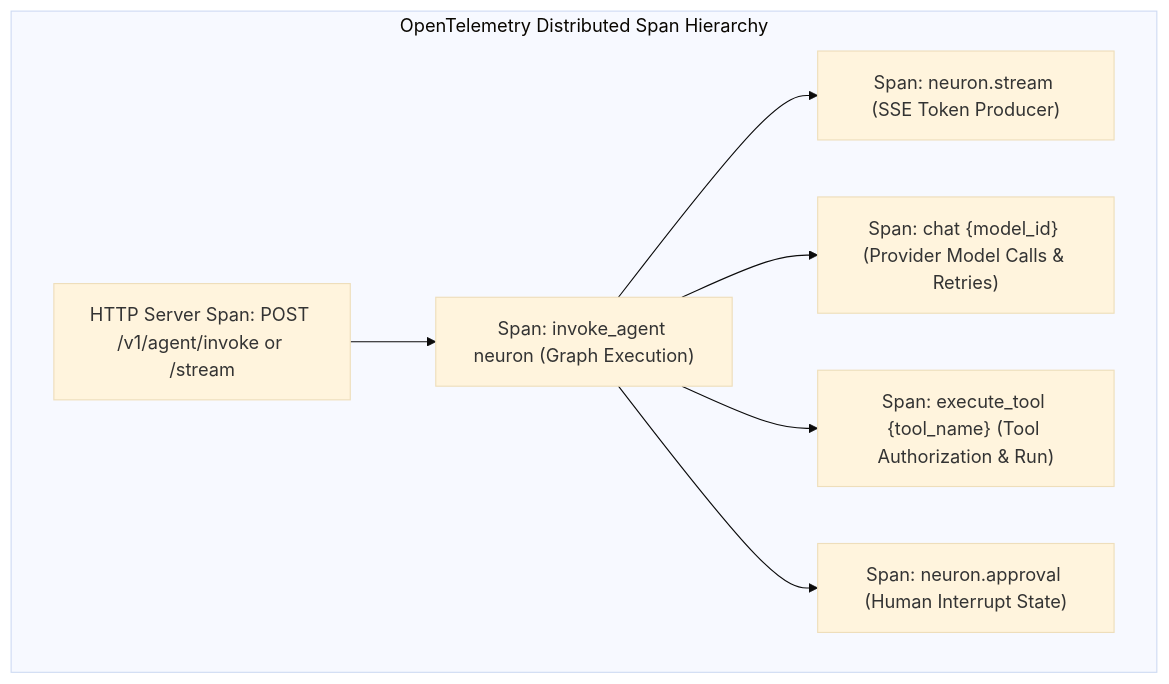
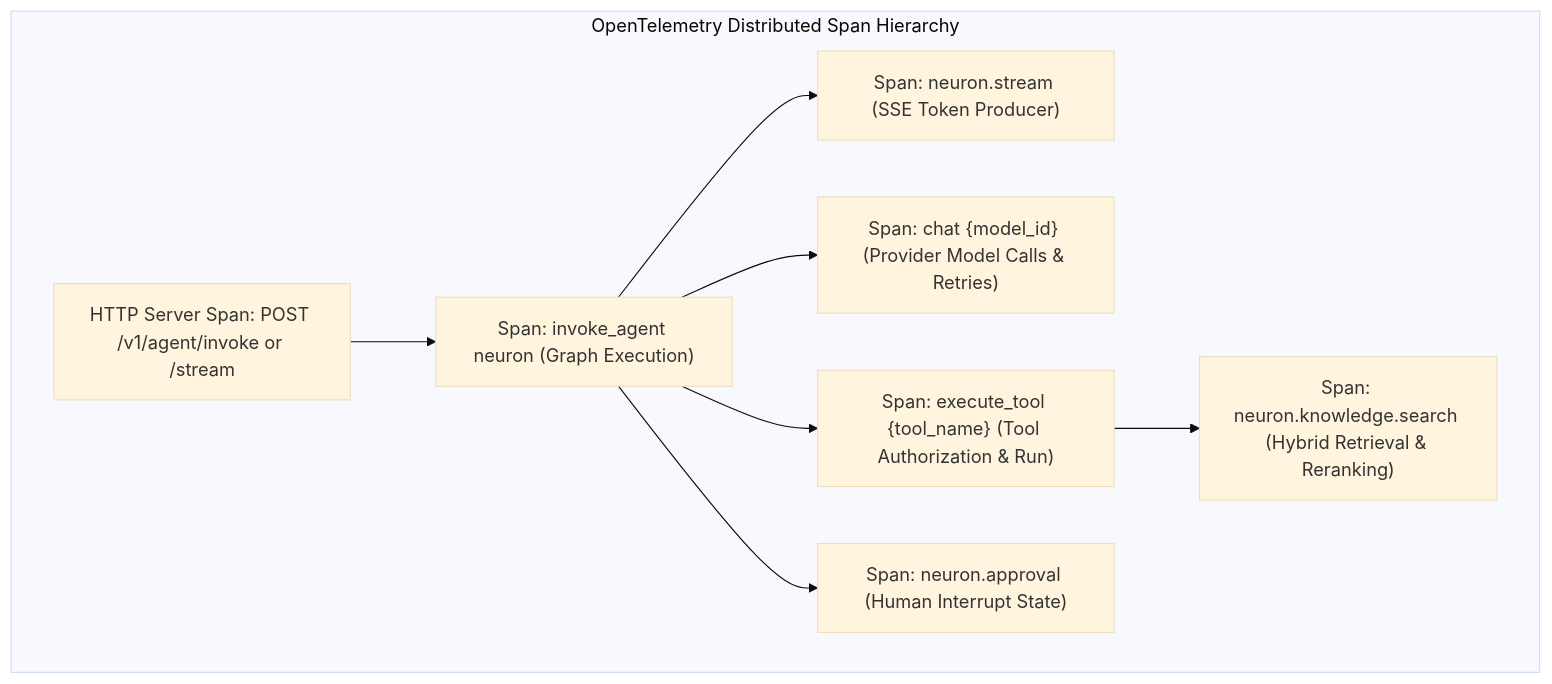
Before and after one commit to Md-Nisar/neuron: the diagram in docs/product_documentation/explanation/observability-and-governance.md, drawn with Mermaid (base theme). The commit also changed other lines of this file and 16 other files, not shown here.

````diff
--- a/docs/product_documentation/explanation/observability-and-governance.md
+++ b/docs/product_documentation/explanation/observability-and-governance.md
@@ -26,17 +26,19 @@
 ```mermaid
 graph TD
     subgraph TraceTree ["OpenTelemetry Distributed Span Hierarchy"]
         ServerSpan["HTTP Server Span: POST /v1/agent/invoke or /stream"]
         AgentSpan["Span: invoke_agent neuron (Graph Execution)"]
         ChatSpan["Span: chat {model_id} (Provider Model Calls & Retries)"]
         ToolSpan["Span: execute_tool {tool_name} (Tool Authorization & Run)"]
+        SearchSpan["Span: neuron.knowledge.search (Hybrid Retrieval & Reranking)"]
         StreamSpan["Span: neuron.stream (SSE Token Producer)"]
         ApprovalSpan["Span: neuron.approval (Human Interrupt State)"]
     end
 
     ServerSpan --> AgentSpan
     AgentSpan --> StreamSpan
     AgentSpan --> ChatSpan
     AgentSpan --> ToolSpan
+    ToolSpan --> SearchSpan
     AgentSpan --> ApprovalSpan
 ```
````
